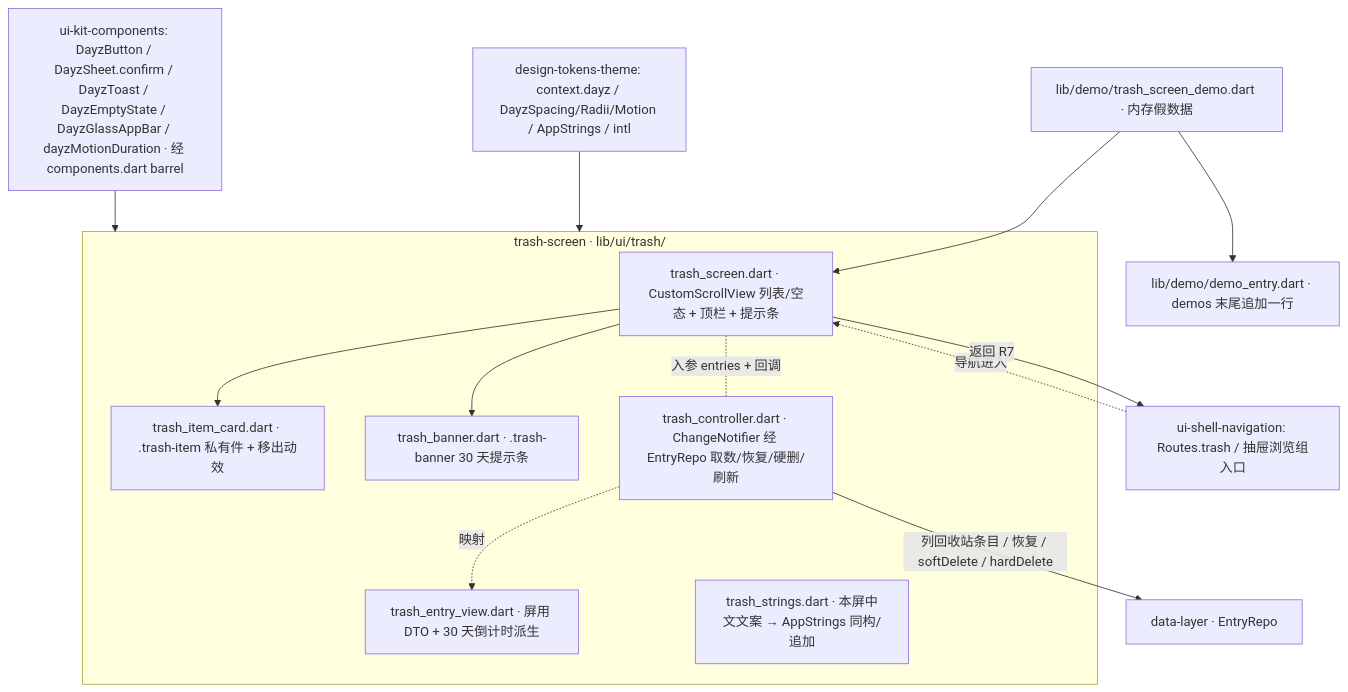
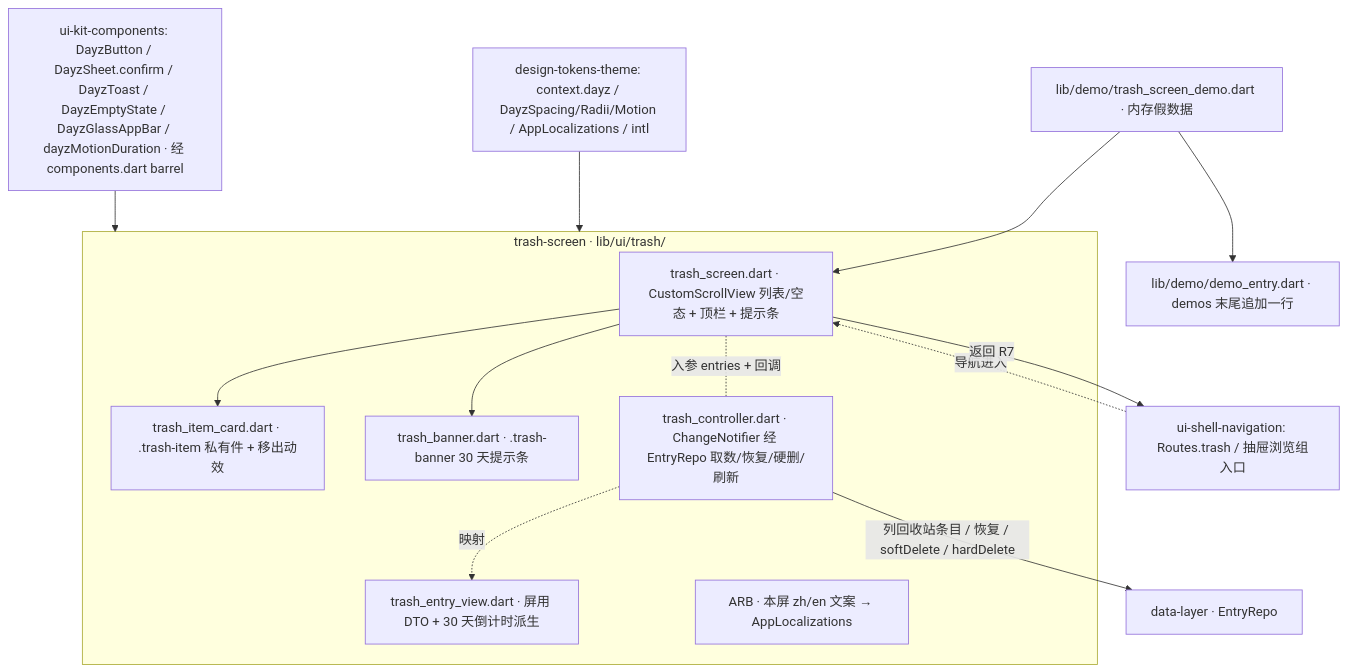
Before and after one commit to cr1992/DayZ: the diagram in specs/active/trash-screen/design.md, drawn with Mermaid. The commit also changed other lines of this file and 104 other files, not shown here.

````diff
--- a/specs/active/trash-screen/design.md
+++ b/specs/active/trash-screen/design.md
@@ -72,22 +72,22 @@
 ```mermaid
 graph TD
-  TOK[design-tokens-theme: context.dayz / DayzSpacing/Radii/Motion / AppStrings / intl] --> SCREEN
+  TOK[design-tokens-theme: context.dayz / DayzSpacing/Radii/Motion / AppLocalizations / intl] --> SCREEN
   KIT[ui-kit-components: DayzButton / DayzSheet.confirm / DayzToast / DayzEmptyState / DayzGlassAppBar / dayzMotionDuration · 经 components.dart barrel] --> SCREEN
   subgraph SCREEN[trash-screen · lib/ui/trash/]
     PAGE[trash_screen.dart · CustomScrollView 列表/空态 + 顶栏 + 提示条]
     CARD[trash_item_card.dart · .trash-item 私有件 + 移出动效]
     BANNER[trash_banner.dart · .trash-banner 30 天提示条]
     VIEW[trash_entry_view.dart · 屏用 DTO + 30 天倒计时派生]
     CTRL[trash_controller.dart · ChangeNotifier 经 EntryRepo 取数/恢复/硬删/刷新]
-    STR[trash_strings.dart · 本屏中文文案 → AppStrings 同构/追加]
+    STR[ARB · 本屏 zh/en 文案 → AppLocalizations]
   end
   CTRL -- 列回收站条目 / 恢复 / softDelete / hardDelete --> REPO[data-layer · EntryRepo]
   CTRL -. 映射 .-> VIEW
   PAGE --> CARD
   PAGE --> BANNER
   PAGE -. 入参 entries + 回调 .- CTRL
   SHELL[ui-shell-navigation: Routes.trash / 抽屉浏览组入口] -. 导航进入 .-> PAGE
   PAGE -- 返回 R7 --> SHELL
   DEMO[lib/demo/trash_screen_demo.dart · 内存假数据] --> PAGE
   DEMO --> DH[lib/demo/demo_entry.dart · demos 末尾追加一行]
 ```
````
